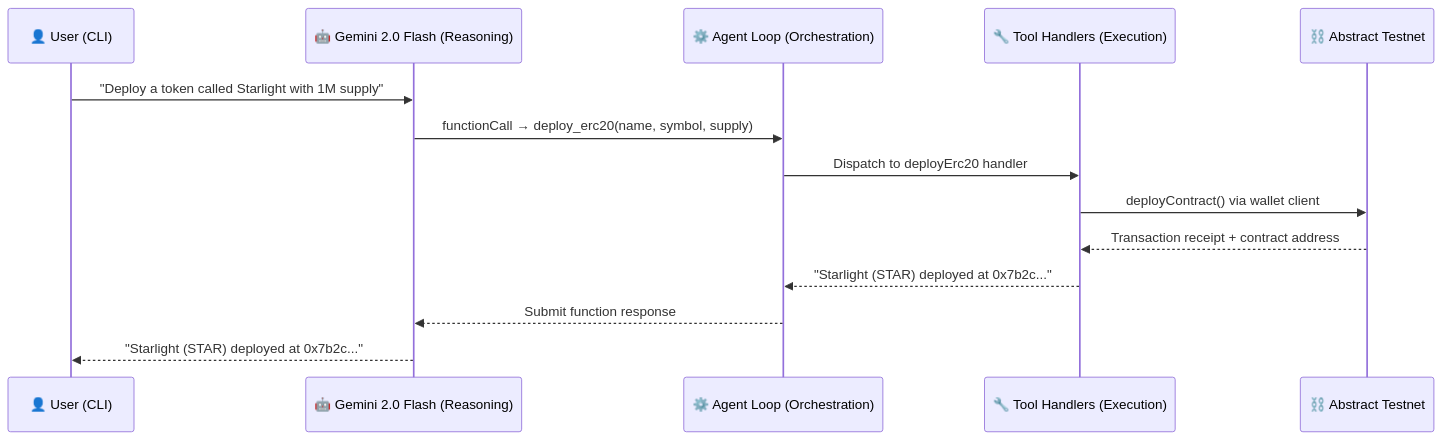
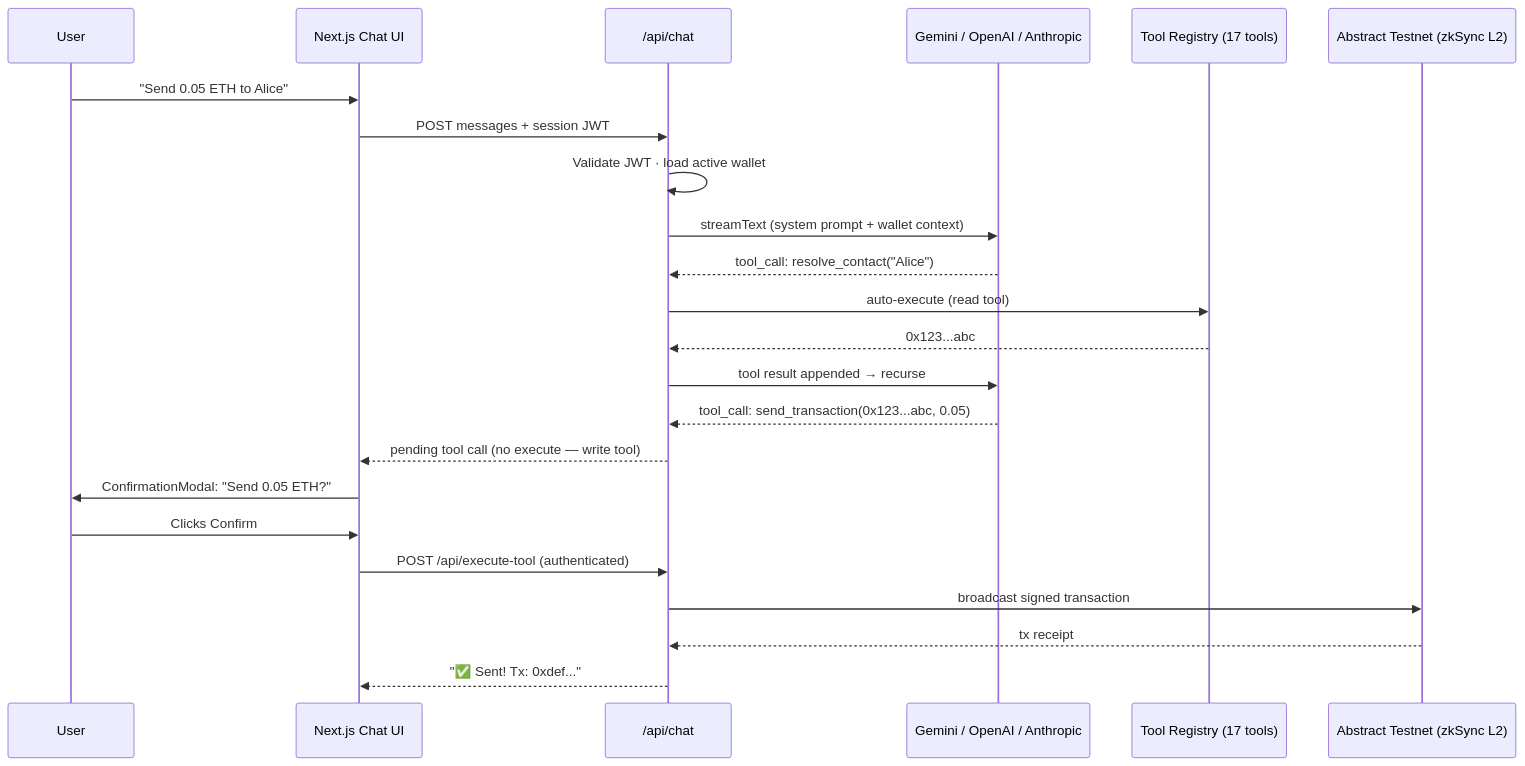
One commit to Hitman350/Dimensity changed the second of 3 diagrams in README.md. Above: the diagram before and after it, drawn with Mermaid. The commit also changed other lines of this file and 64 other files, not shown here.

Commit message:
refactor: migrate core architecture to NestJS and implement modular service-based tool registry

````diff
--- a/README.md
+++ b/README.md
@@ -128,17 +184,26 @@
 ```mermaid
 sequenceDiagram
-    participant User as 👤 User (CLI)
-    participant Assistant as 🤖 Gemini 2.0 Flash (Reasoning)
-    participant Agent as ⚙️ Agent Loop (Orchestration)
-    participant Tools as 🔧 Tool Handlers (Execution)
-    participant Chain as ⛓️ Abstract Testnet
+    participant U as User
+    participant UI as Next.js Chat UI
+    participant API as /api/chat
+    participant LLM as Gemini / OpenAI / Anthropic
+    participant Tools as Tool Registry (17 tools)
+    participant Chain as Abstract Testnet (zkSync L2)
 
-    User->>Assistant: "Deploy a token called Starlight with 1M supply"
-    Assistant->>Agent: functionCall → deploy_erc20(name, symbol, supply)
-    Agent->>Tools: Dispatch to deployErc20 handler
-    Tools->>Chain: deployContract() via wallet client
-    Chain-->>Tools: Transaction receipt + contract address
-    Tools-->>Agent: "Starlight (STAR) deployed at 0x7b2c..."
-    Agent-->>Assistant: Submit function response
-    Assistant-->>User: "Starlight (STAR) deployed at 0x7b2c..."
+    U->>UI: "Send 0.05 ETH to Alice"
+    UI->>API: POST messages + session JWT
+    API->>API: Validate JWT · load active wallet
+    API->>LLM: streamText (system prompt + wallet context)
+    LLM-->>API: tool_call: resolve_contact("Alice")
+    API->>Tools: auto-execute (read tool)
+    Tools-->>API: 0x123...abc
+    API->>LLM: tool result appended → recurse
+    LLM-->>API: tool_call: send_transaction(0x123...abc, 0.05)
+    API-->>UI: pending tool call (no execute — write tool)
+    UI->>U: ConfirmationModal: "Send 0.05 ETH?"
+    U->>UI: Clicks Confirm
+    UI->>API: POST /api/execute-tool (authenticated)
+    API->>Chain: broadcast signed transaction
+    Chain-->>API: tx receipt
+    API-->>UI: "✅ Sent! Tx: 0xdef..."
 ```
````
